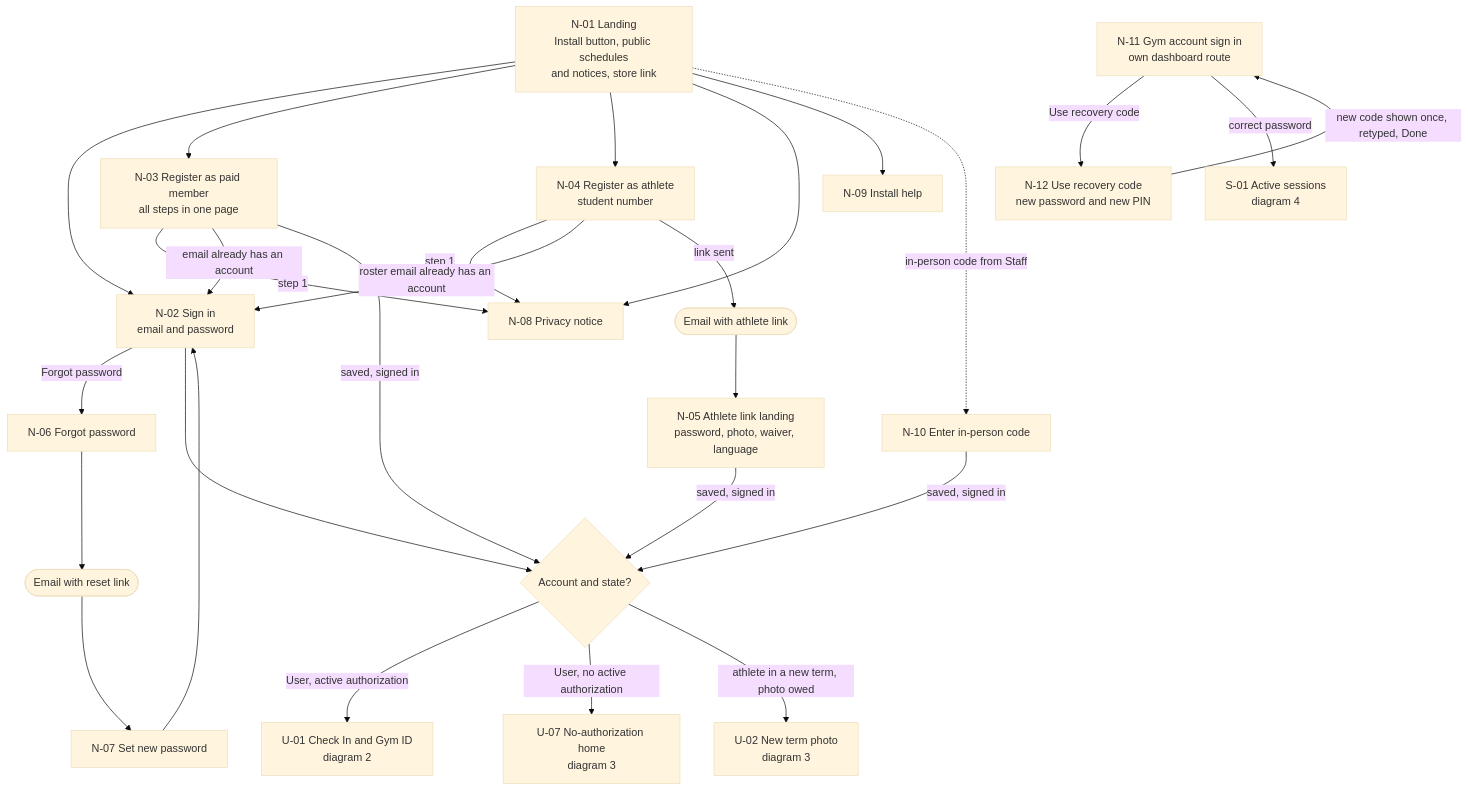
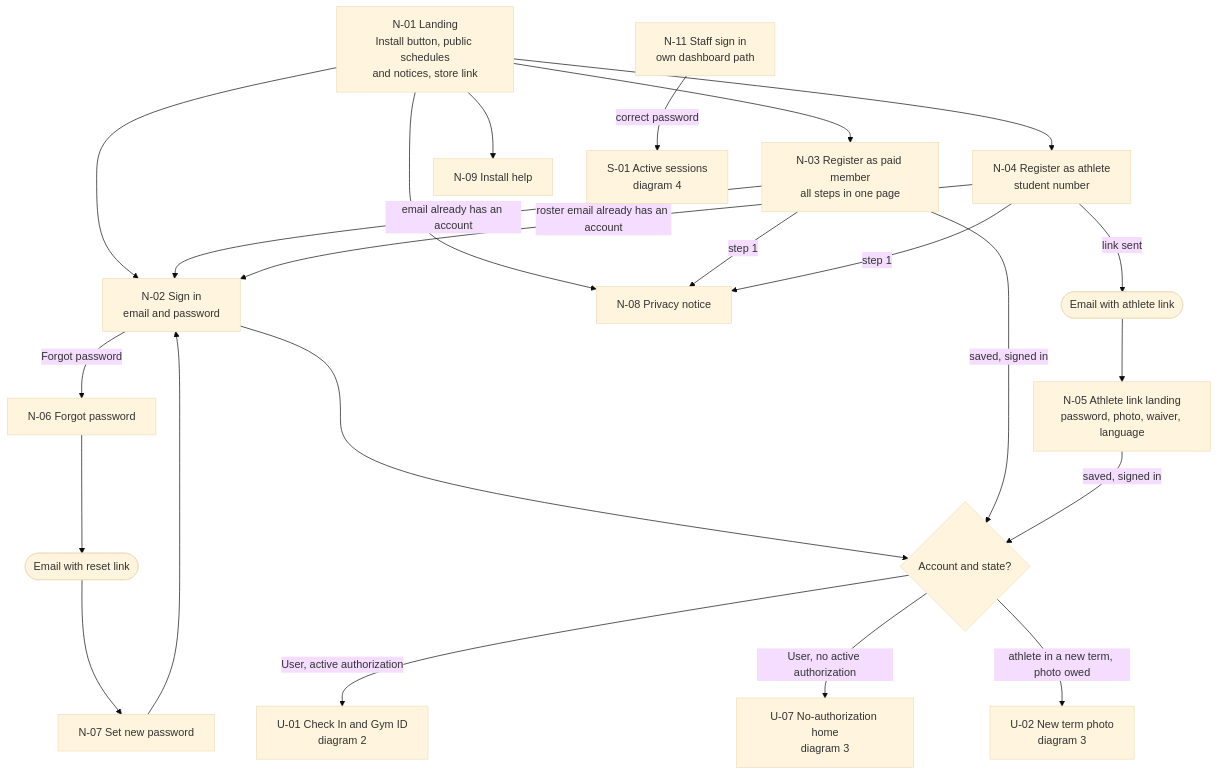
Before and after one commit to Th3-Minorities/natatorio-gym-app: the first of 7 diagrams in docs/design/screen-map.md, drawn with Mermaid (base theme). The commit also changed other lines of this file and 8 other files, not shown here.

````diff
--- a/docs/design/screen-map.md
+++ b/docs/design/screen-map.md
@@ -17,29 +17,25 @@
 ```mermaid
 flowchart TD
   N01["N-01 Landing<br/>Install button, public schedules<br/>and notices, store link"] --> N02["N-02 Sign in<br/>email and password"]
   N01 --> N03["N-03 Register as paid member<br/>all steps in one page"]
   N01 --> N04["N-04 Register as athlete<br/>student number"]
   N01 --> N08["N-08 Privacy notice"]
   N01 --> N09["N-09 Install help"]
-  N01 -.->|"in-person code from Staff"| N10["N-10 Enter in-person code"]
   N02 -->|"Forgot password"| N06["N-06 Forgot password"]
   N03 -->|"step 1"| N08
   N04 -->|"step 1"| N08
   N03 -->|"email already has an account"| N02
   N04 -->|"roster email already has an account"| N02
   N04 -->|"link sent"| MAIL1(["Email with athlete link"])
   MAIL1 --> N05["N-05 Athlete link landing<br/>password, photo, waiver, language"]
   N06 --> MAIL2(["Email with reset link"])
   MAIL2 --> N07["N-07 Set new password"]
   N07 --> N02
-  N11["N-11 Gym account sign in<br/>own dashboard route"] -->|"Use recovery code"| N12["N-12 Use recovery code<br/>new password and new PIN"]
-  N12 -->|"new code shown once, retyped, Done"| N11
   N02 --> R{"Account and state?"}
   N03 -->|"saved, signed in"| R
   N05 -->|"saved, signed in"| R
-  N10 -->|"saved, signed in"| R
   R -->|"User, active authorization"| U01["U-01 Check In and Gym ID<br/>diagram 2"]
   R -->|"User, no active authorization"| U07["U-07 No-authorization home<br/>diagram 3"]
   R -->|"athlete in a new term, photo owed"| U02["U-02 New term photo<br/>diagram 3"]
-  N11 -->|"correct password"| S01["S-01 Active sessions<br/>diagram 4"]
+  N11["N-11 Staff sign in<br/>own dashboard path"] -->|"correct password"| S01["S-01 Active sessions<br/>diagram 4"]
 ```
````
